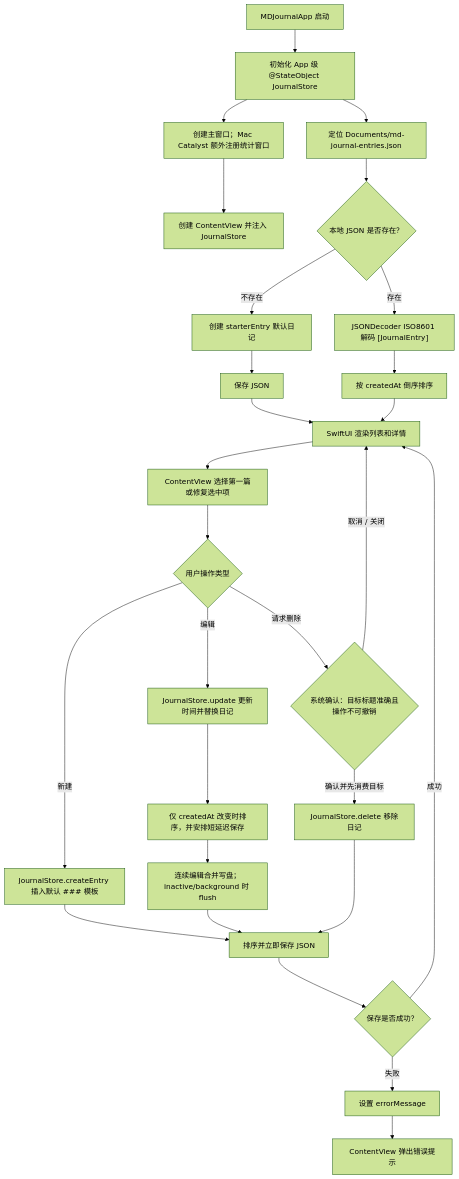
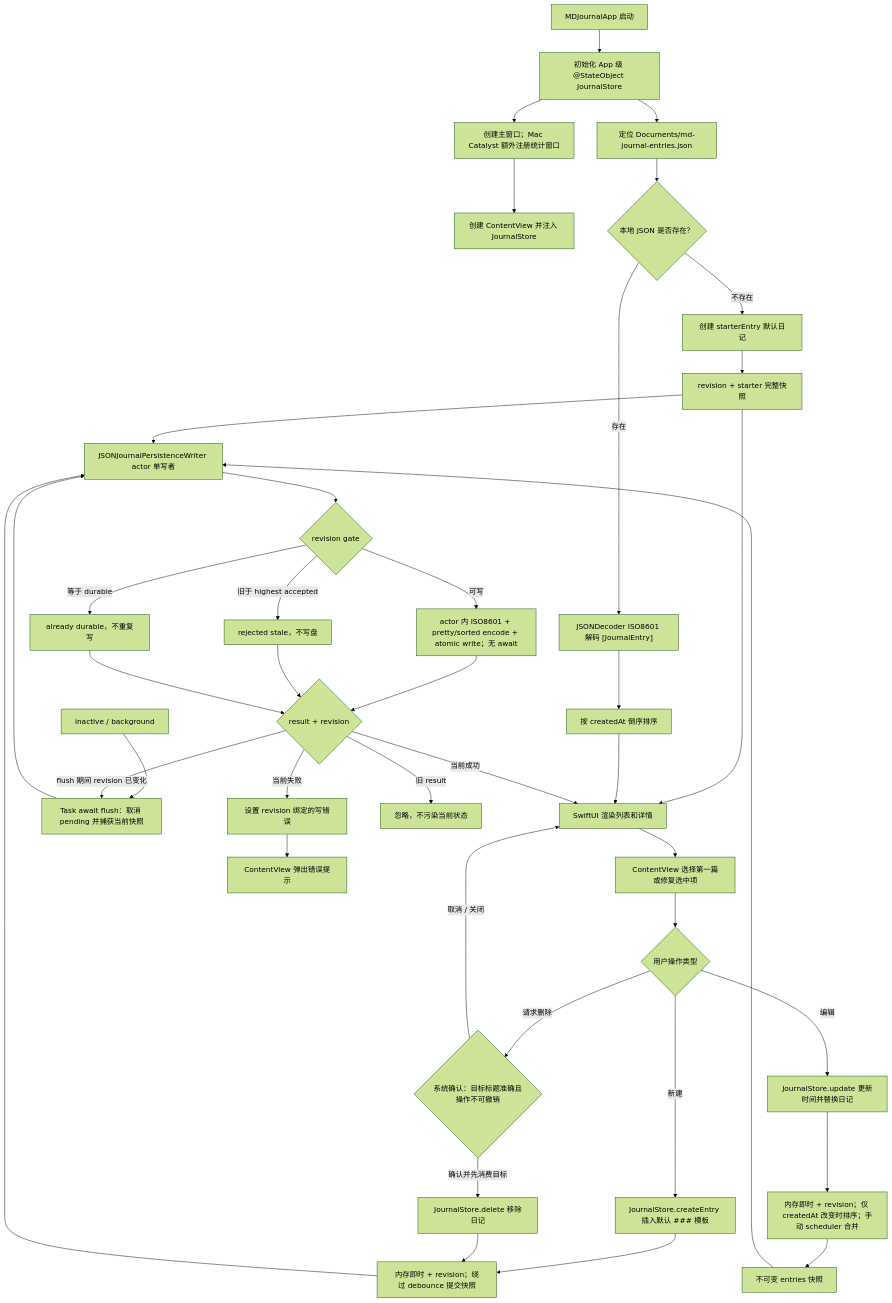
Before and after one commit to Altman-sam114/117: the second of 6 diagrams in md/flow/flowchart.md, drawn with Mermaid (forest theme). The commit also changed 12 other files, not shown here.

````diff
--- a/md/flow/flowchart.md
+++ b/md/flow/flowchart.md
@@ -84,30 +84,42 @@
 ```mermaid
 flowchart TD
   App["MDJournalApp 启动"] --> InitStore["初始化 App 级 @StateObject JournalStore"]
   InitStore --> Scenes["创建主窗口；Mac Catalyst 额外注册统计窗口"]
   Scenes --> Content["创建 ContentView 并注入 JournalStore"]
   InitStore --> Locate["定位 Documents/md-journal-entries.json"]
   Locate --> Exists{"本地 JSON 是否存在？"}
   Exists -- "不存在" --> Starter["创建 starterEntry 默认日记"]
-  Starter --> SaveA["保存 JSON"]
+  Starter --> StarterSnapshot["revision + starter 完整快照"]
   Exists -- "存在" --> Decode["JSONDecoder ISO8601 解码 [JournalEntry]"]
   Decode --> SortA["按 createdAt 倒序排序"]
-  SaveA --> Render["SwiftUI 渲染列表和详情"]
+  StarterSnapshot --> Writer
+  StarterSnapshot --> Render["SwiftUI 渲染列表和详情"]
   SortA --> Render
   Render --> Select["ContentView 选择第一篇或修复选中项"]
   Select --> Edit{"用户操作类型"}
   Edit -- "新建" --> Create["JournalStore.createEntry 插入默认 ### 模板"]
   Edit -- "编辑" --> Update["JournalStore.update 更新时间并替换日记"]
   Edit -- "请求删除" --> ConfirmDelete{"系统确认：目标标题准确且操作不可撤销"}
   ConfirmDelete -- "取消 / 关闭" --> Render
   ConfirmDelete -- "确认并先消费目标" --> Delete["JournalStore.delete 移除日记"]
-  Create --> SortSave["排序并立即保存 JSON"]
-  Update --> DebouncedSave["仅 createdAt 改变时排序，并安排短延迟保存"]
-  DebouncedSave --> Flush["连续编辑合并写盘；inactive/background 时 flush"]
-  Flush --> SortSave
-  Delete --> SortSave
-  SortSave --> OK{"保存是否成功？"}
-  OK -- "成功" --> Render
-  OK -- "失败" --> SaveError["设置 errorMessage"]
+  Create --> ImmediateSnapshot["内存即时 + revision；绕过 debounce 提交快照"]
+  Delete --> ImmediateSnapshot
+  Update --> DebouncedSave["内存即时 + revision；仅 createdAt 改变时排序；手动 scheduler 合并"]
+  DebouncedSave --> Snapshot["不可变 entries 快照"]
+  ImmediateSnapshot --> Writer["JSONJournalPersistenceWriter actor 单写者"]
+  Snapshot --> Writer
+  Phase["inactive / background"] --> Flush["Task await flush：取消 pending 并捕获当前快照"]
+  Flush --> Writer
+  Writer --> Gate{"revision gate"}
+  Gate -- "旧于 highest accepted" --> Stale["rejected stale，不写盘"]
+  Gate -- "等于 durable" --> Durable["already durable，不重复写"]
+  Gate -- "可写" --> Atomic["actor 内 ISO8601 + pretty/sorted encode + atomic write；无 await"]
+  Atomic --> Result{"result + revision"}
+  Stale --> Result
+  Durable --> Result
+  Result -- "flush 期间 revision 已变化" --> Flush
+  Result -- "当前成功" --> Render
+  Result -- "当前失败" --> SaveError["设置 revision 绑定的写错误"]
+  Result -- "旧 result" --> Ignore["忽略，不污染当前状态"]
   SaveError --> Alert["ContentView 弹出错误提示"]
 ```
````
